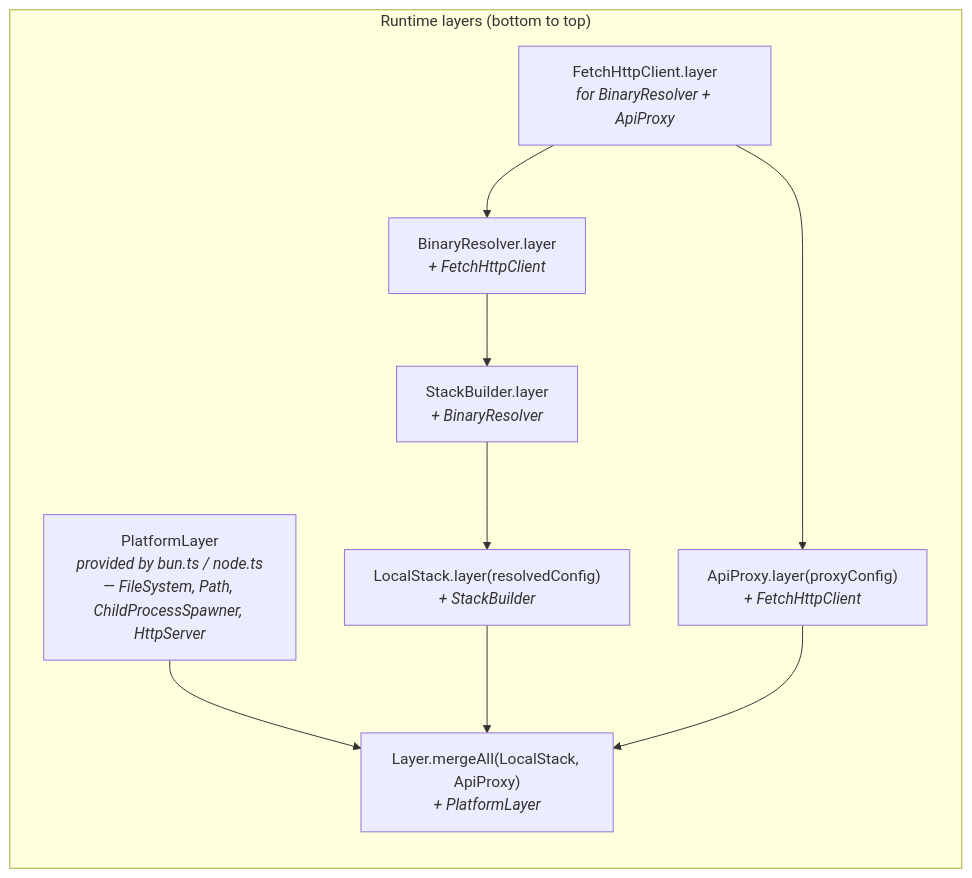
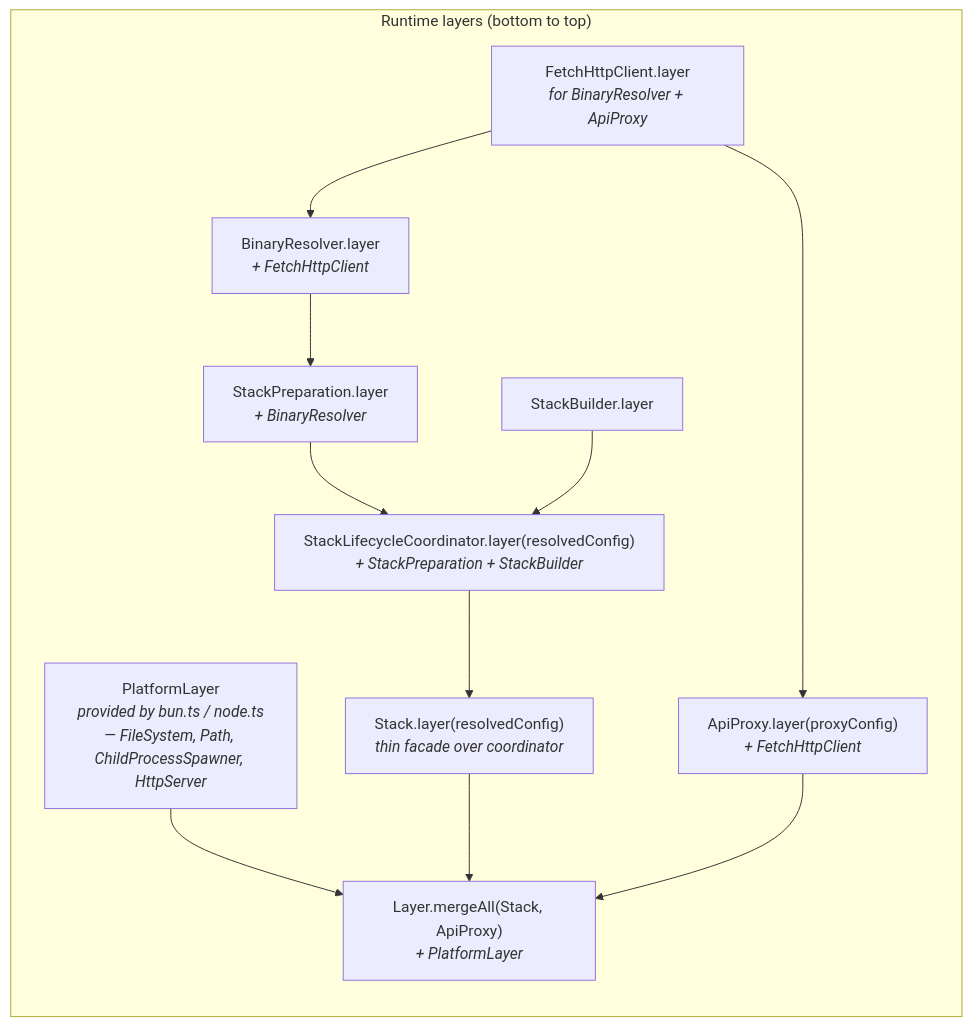
One commit to supabase/cli changed the eighth of 9 diagrams in packages/stack/docs/architecture.md. Above: the diagram before and after it, drawn with Mermaid. The commit also changed other lines of this file and 139 other files, not shown here.

````diff
--- a/packages/stack/docs/architecture.md
+++ b/packages/stack/docs/architecture.md
@@ -910,20 +931,24 @@
 ```mermaid
 graph BT
     subgraph "Runtime layers (bottom to top)"
         PL["PlatformLayer<br/><i>provided by bun.ts / node.ts<br/>— FileSystem, Path, ChildProcessSpawner, HttpServer</i>"]
         FH["FetchHttpClient.layer<br/><i>for BinaryResolver + ApiProxy</i>"]
         BRL["BinaryResolver.layer<br/><i>+ FetchHttpClient</i>"]
-        SBL["StackBuilder.layer<br/><i>+ BinaryResolver</i>"]
-        LSL["LocalStack.layer(resolvedConfig)<br/><i>+ StackBuilder</i>"]
+        PREP["StackPreparation.layer<br/><i>+ BinaryResolver</i>"]
+        SBL["StackBuilder.layer"]
+        COORD["StackLifecycleCoordinator.layer(resolvedConfig)<br/><i>+ StackPreparation + StackBuilder</i>"]
+        STACK["Stack.layer(resolvedConfig)<br/><i>thin facade over coordinator</i>"]
         APL["ApiProxy.layer(proxyConfig)<br/><i>+ FetchHttpClient</i>"]
-        FULL["Layer.mergeAll(LocalStack, ApiProxy)<br/><i>+ PlatformLayer</i>"]
+        FULL["Layer.mergeAll(Stack, ApiProxy)<br/><i>+ PlatformLayer</i>"]
     end
 
     PL --> FULL
     FH --> BRL
-    BRL --> SBL
-    SBL --> LSL
-    LSL --> FULL
+    BRL --> PREP
+    PREP --> COORD
+    SBL --> COORD
+    COORD --> STACK
+    STACK --> FULL
     FH --> APL
     APL --> FULL
 ```
````
